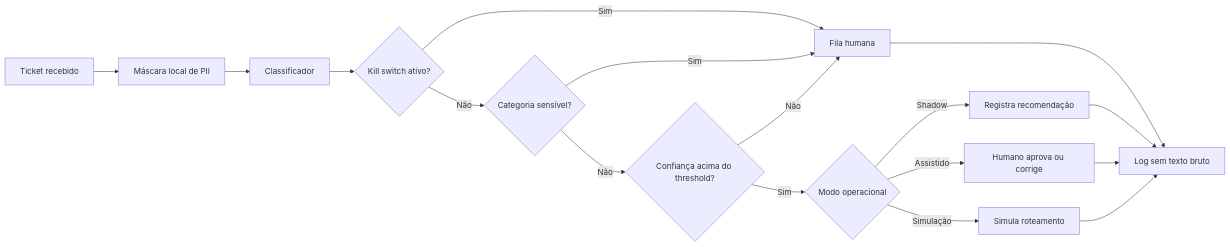
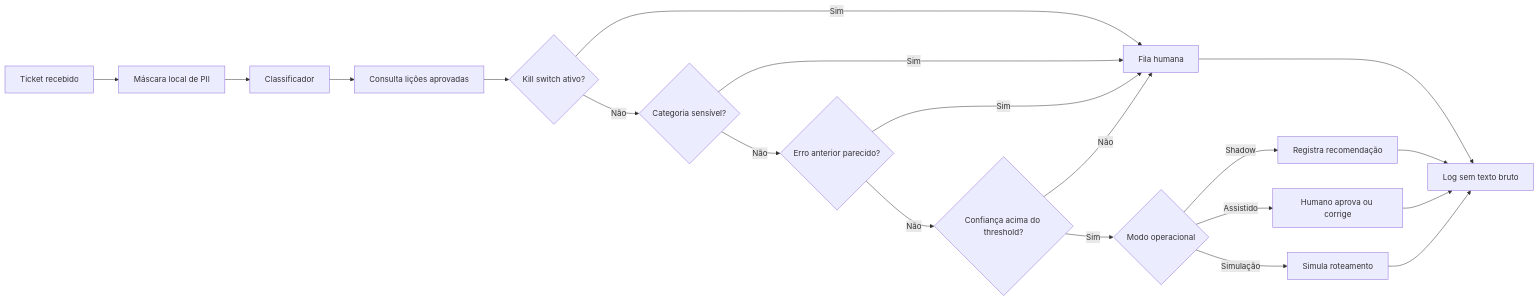
Before and after one commit to Gestao-Quatro-Ponto-Zero/ai-master-challenge: the diagram in submissions/pedro-goncalves/docs/gate-2/arquitetura-final.md, drawn with Mermaid. The commit also changed other lines of this file and 12 other files, not shown here.

````diff
--- a/submissions/pedro-goncalves/docs/gate-2/arquitetura-final.md
+++ b/submissions/pedro-goncalves/docs/gate-2/arquitetura-final.md
@@ -7,19 +7,22 @@
 ```mermaid
 flowchart LR
     A[Ticket recebido] --> B[Máscara local de PII]
     B --> C[Classificador]
-    C --> D{Kill switch ativo?}
+    C --> M[Consulta lições aprovadas]
+    M --> D{Kill switch ativo?}
     D -->|Sim| H[Fila humana]
     D -->|Não| E{Categoria sensível?}
     E -->|Sim| H
-    E -->|Não| F{Confiança acima do threshold?}
+    E -->|Não| Q{Erro anterior parecido?}
+    Q -->|Sim| H
+    Q -->|Não| F{Confiança acima do threshold?}
     F -->|Não| H
     F -->|Sim| G{Modo operacional}
     G -->|Shadow| I[Registra recomendação]
     G -->|Assistido| J[Humano aprova ou corrige]
     G -->|Simulação| K[Simula roteamento]
     I --> L[Log sem texto bruto]
     J --> L
     K --> L
     H --> L
 ```
````
